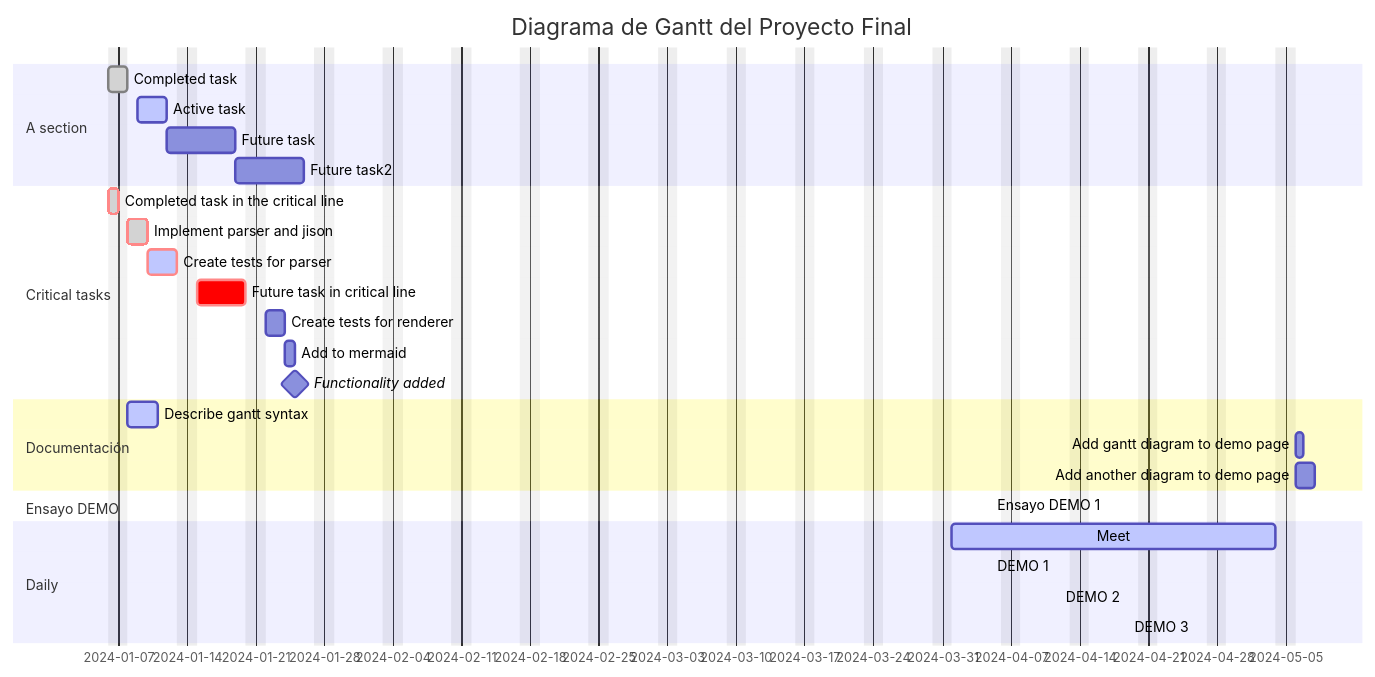
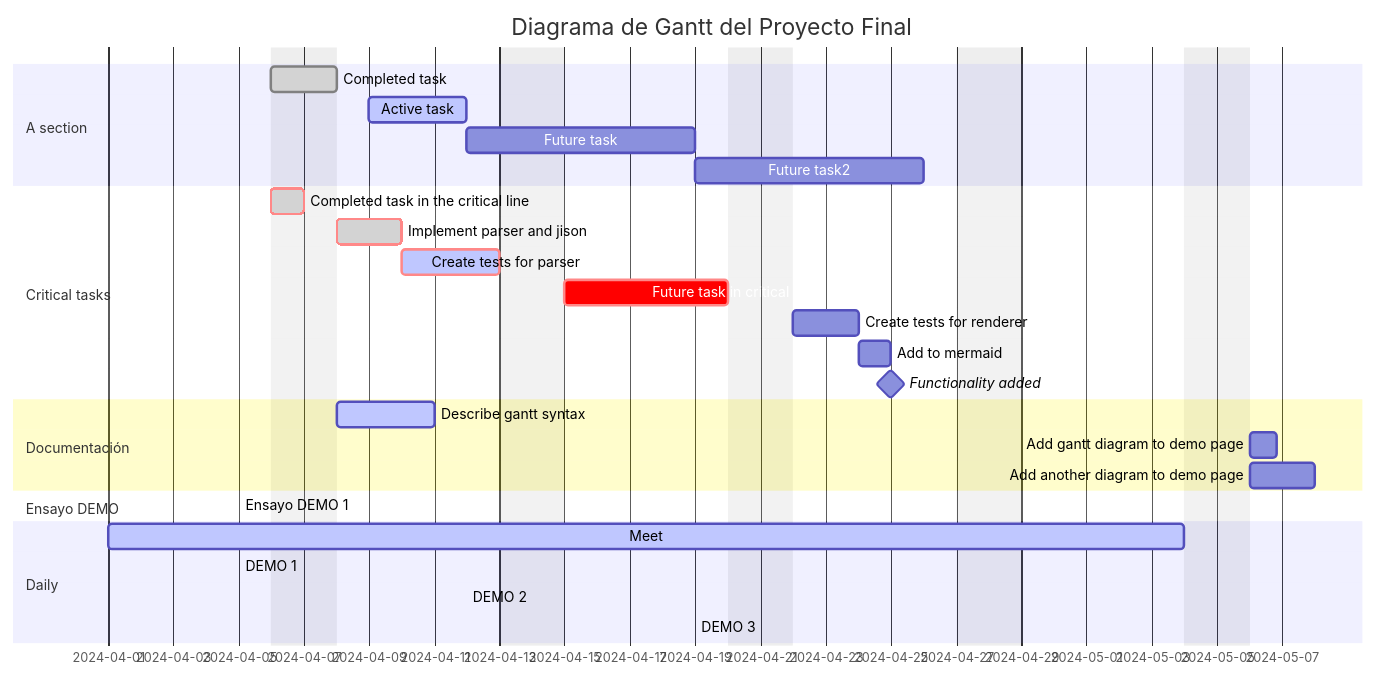
One commit to marceloyuba/SDT changed the diagram in README.md. Above: the diagram before and after it, drawn with Mermaid.

````diff
--- a/README.md
+++ b/README.md
@@ -9,37 +9,37 @@
 ```mermaid
 gantt
     dateFormat  YYYY-MM-DD
     title       Diagrama de Gantt del Proyecto Final
     excludes    weekends
     %% (`excludes` accepts specific dates in YYYY-MM-DD format, days of the week ("sunday") or "weekends", but not the word "weekdays".)
 
     section A section
-    Completed task            :done,    des1, 2024-01-06,2024-01-08
-    Active task               :active,  des2, 2024-01-09, 3d
+    Completed task            :done,    des1, 2024-04-06,2024-04-08
+    Active task               :active,  des2, 2024-04-09, 3d
     Future task               :         des3, after des2, 5d
     Future task2              :         des4, after des3, 5d
 
     section Critical tasks
-    Completed task in the critical line :crit, done, 2024-01-06,24h
+    Completed task in the critical line :crit, done, 2024-04-06,24h
     Implement parser and jison          :crit, done, after des1, 2d
     Create tests for parser             :crit, active, 3d
     Future task in critical line        :crit, 5d
     Create tests for renderer           :2d
     Add to mermaid                      :until isadded
-    Functionality added                 :milestone, isadded, 2024-01-25, 0d
+    Functionality added                 :milestone, isadded, 2024-04-25, 0d
 
     section Documentación
     Describe gantt syntax               :active, a1, after des1, 3d
     Add gantt diagram to demo page      :after a1  , 20h
     Add another diagram to demo page    :doc1, after a1  , 48h
 
     section Ensayo DEMO
     Ensayo DEMO 1                       :2024-04-05, 0d
 
     section Daily
     Meet               :active, a1, 2024-04-01, 25d
     DEMO 1                             :after Meet, 2024-04-05, 0d
     DEMO 2                             :after Meet, 2024-04-12, 0d
     DEMO 3                             :after DEMO 2, 2024-04-19, 0d
 
 ```
````
